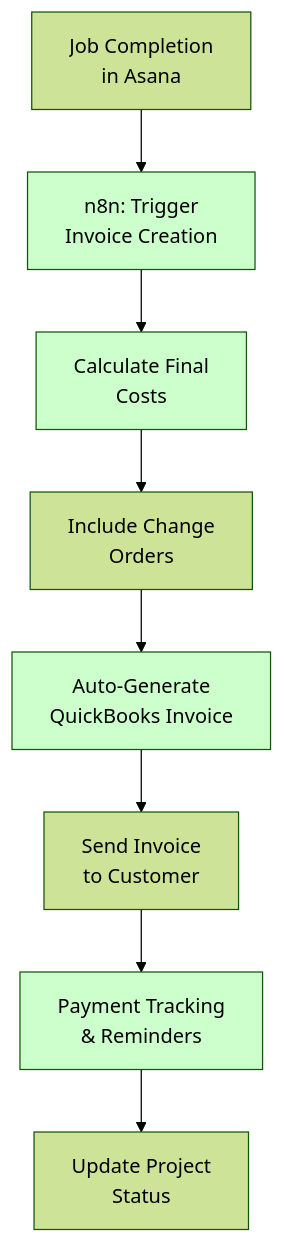
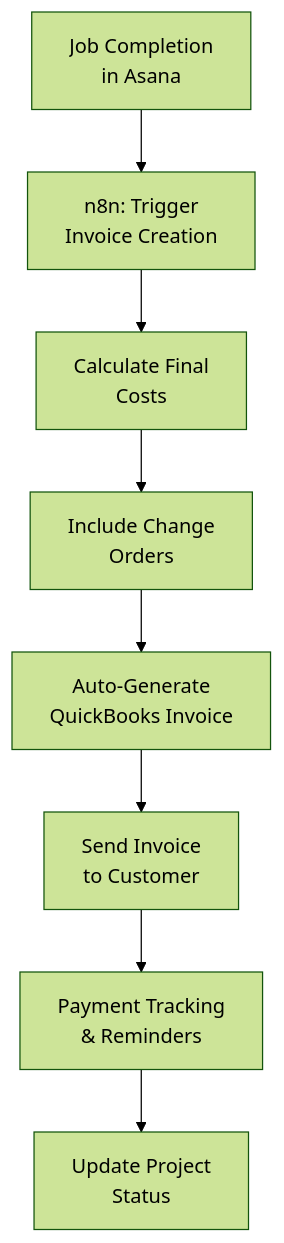
One commit to Seran003/xmechtest2 changed the fourth of 4 diagrams in scheduling/hvac-scheduling-proposed-solution.md. Above: the diagram before and after it, drawn with Mermaid (forest theme). The commit also changed other lines of this file and 1 other file, not shown here.

````diff
--- a/scheduling/hvac-scheduling-proposed-solution.md
+++ b/scheduling/hvac-scheduling-proposed-solution.md
@@ -82,15 +70,11 @@
 ```mermaid
 flowchart TD
     A[Job Completion<br/>in Asana] --> B[n8n: Trigger<br/>Invoice Creation]
     B --> C[Calculate Final<br/>Costs]
     C --> D[Include Change<br/>Orders]
     D --> E[Auto-Generate<br/>QuickBooks Invoice]
     E --> F[Send Invoice<br/>to Customer]
     F --> G[Payment Tracking<br/>& Reminders]
     G --> H[Update Project<br/>Status]
     
-    style B fill:#ccffcc
-    style C fill:#ccffcc
-    style E fill:#ccffcc
-    style G fill:#ccffcc
 ```
````
